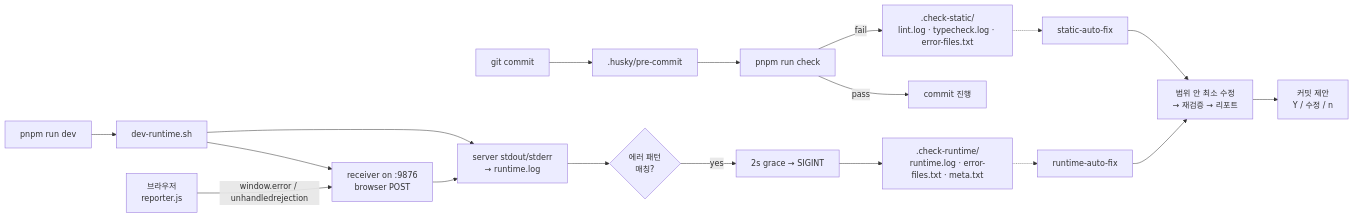
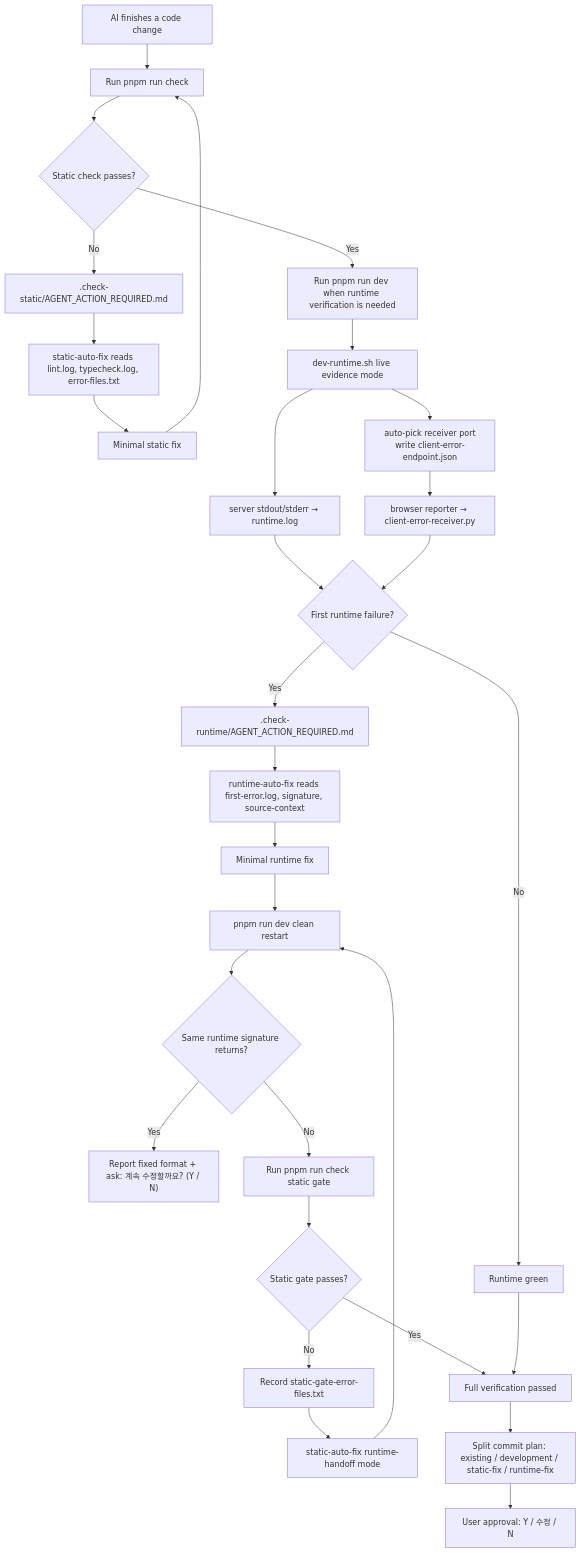
The diagram in README.md (letYuchan/vibe-check-mate), drawn with Mermaid before and after one commit. The commit also changed other lines of this file and 9 other files, not shown here.

Commit message:
feat: automate static and runtime verification flow

````diff
--- a/README.md
+++ b/README.md
@@ -47,22 +83,38 @@
 ```mermaid
-flowchart LR
-  A[git commit] --> B[.husky/pre-commit]
-  B --> C[pnpm run check]
-  C -->|fail| D[.check-static/<br/>lint.log · typecheck.log · error-files.txt]
-  C -->|pass| E[commit 진행]
+flowchart TD
+  A["AI finishes a code change"] --> B["Run pnpm run check"]
+  B --> C{Static check passes?}
 
-  F[pnpm run dev] --> G[dev-runtime.sh]
-  G --> S[server stdout/stderr<br/>→ runtime.log]
-  G --> R[receiver on :9876<br/>browser POST]
-  BR[브라우저<br/>reporter.js] -->|window.error / unhandledrejection| R
-  R --> S
-  S --> H{에러 패턴<br/>매칭?}
-  H -->|yes| I[2s grace → SIGINT]
-  I --> J[.check-runtime/<br/>runtime.log · error-files.txt · meta.txt]
+  C -->|No| D[".check-static/AGENT_ACTION_REQUIRED.md"]
+  D --> E["static-auto-fix reads lint.log, typecheck.log, error-files.txt"]
+  E --> F["Minimal static fix"]
+  F --> B
 
-  D -.-> K[static-auto-fix]
-  J -.-> L[runtime-auto-fix]
-  K --> M[범위 안 최소 수정<br/>→ 재검증 → 리포트]
-  L --> M
-  M --> N[커밋 제안<br/>Y / 수정 / n]
+  C -->|Yes| G["Run pnpm run dev when runtime verification is needed"]
+  G --> H["dev-runtime.sh live evidence mode"]
+  H --> I["server stdout/stderr → runtime.log"]
+  H --> J["auto-pick receiver port<br/>write client-error-endpoint.json"]
+  J --> K["browser reporter → client-error-receiver.py"]
+  I --> L{First runtime failure?}
+  K --> L
+
+  L -->|No| M["Runtime green"]
+  L -->|Yes| N[".check-runtime/AGENT_ACTION_REQUIRED.md"]
+  N --> O["runtime-auto-fix reads first-error.log, signature, source-context"]
+  O --> P["Minimal runtime fix"]
+  P --> Q["pnpm run dev clean restart"]
+  Q --> R{Same runtime signature returns?}
+
+  R -->|Yes| S["Report fixed format + ask: 계속 수정할까요? (Y / N)"]
+  R -->|No| T["Run pnpm run check static gate"]
+  T --> U{Static gate passes?}
+
+  U -->|No| V["Record static-gate-error-files.txt"]
+  V --> W["static-auto-fix runtime-handoff mode"]
+  W --> Q
+
+  U -->|Yes| X["Full verification passed"]
+  M --> X
+  X --> Y["Split commit plan: existing / development / static-fix / runtime-fix"]
+  Y --> Z["User approval: Y / 수정 / N"]
 ```
````
